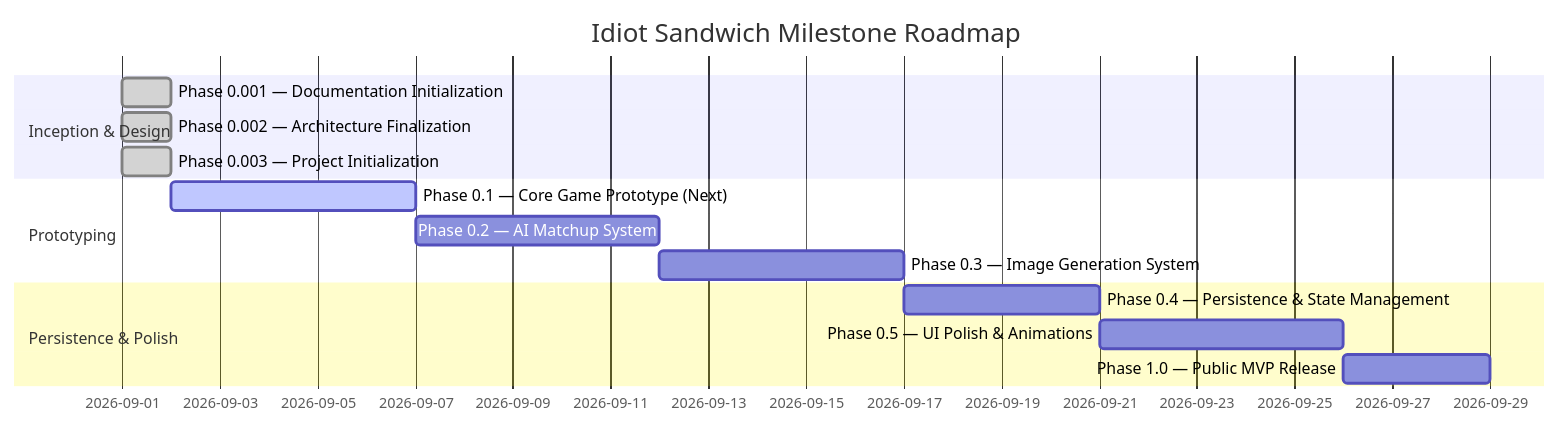
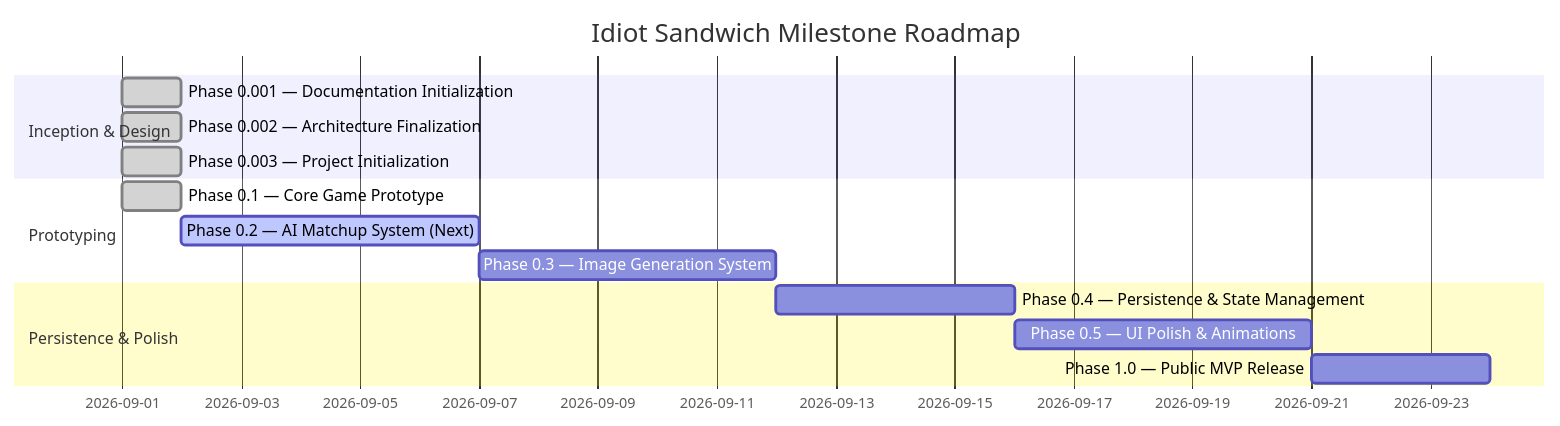
Before and after one commit to Abhaynegi1/Idiot-Sandwich-: the diagram in docs/ROADMAP.md, drawn with Mermaid. The commit also changed other lines of this file and 6 other files, not shown here.

Commit message:
feat(engine): implement Phase 0.1 core game prototype with mock semantic adjudicator and battle loop

````diff
--- a/docs/ROADMAP.md
+++ b/docs/ROADMAP.md
@@ -9,17 +9,17 @@
 ```mermaid
 gantt
     title Idiot Sandwich Milestone Roadmap
     dateFormat  YYYY-MM
     section Inception & Design
     Phase 0.001 — Documentation Initialization           :done, p1, 2026-09, 1d
     Phase 0.002 — Architecture Finalization               :done, p2, 2026-09, 1d
     Phase 0.003 — Project Initialization                  :done, p3, 2026-09, 1d
     section Prototyping
-    Phase 0.1   — Core Game Prototype (Next)             :active, p4, after p3, 5d
-    Phase 0.2   — AI Matchup System                      :p5, after p4, 5d
+    Phase 0.1   — Core Game Prototype                     :done, p4, 2026-09, 1d
+    Phase 0.2   — AI Matchup System (Next)                :active, p5, after p4, 5d
     Phase 0.3   — Image Generation System                :p6, after p5, 5d
     section Persistence & Polish
     Phase 0.4   — Persistence & State Management         :p7, after p6, 4d
     Phase 0.5   — UI Polish & Animations                 :p8, after p7, 5d
     Phase 1.0   — Public MVP Release                     :p9, after p8, 3d
 ```
````
